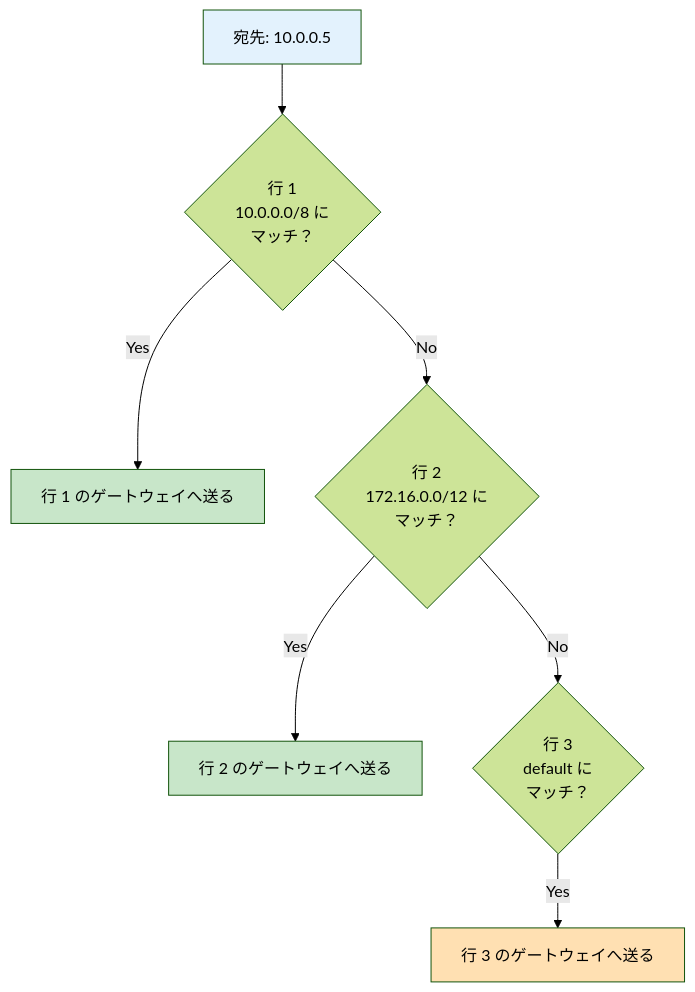
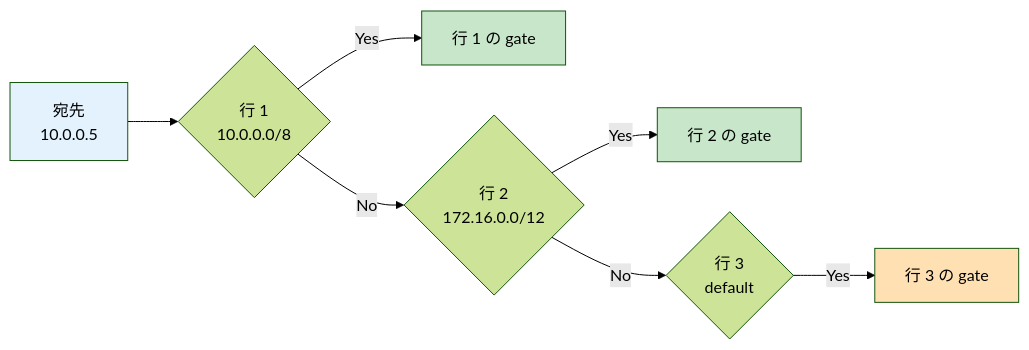
Before and after one commit to Tsunanko/netpractice-guide: the second of 3 diagrams in docs/01-basics/routing-table.md, drawn with Mermaid (forest theme). The commit also changed 4 other files, not shown here.

First line of the commit message:
Make Mermaid figures readable and use viewport width effectively

````diff
--- a/docs/01-basics/routing-table.md
+++ b/docs/01-basics/routing-table.md
@@ -72,14 +72,14 @@
 ```mermaid
-flowchart TD
-    Pkt[宛先: 10.0.0.5] --> E1{行 1<br>10.0.0.0/8 に<br>マッチ？}
-    E1 -->|Yes| R1[行 1 のゲートウェイへ送る]
-    E1 -->|No| E2{行 2<br>172.16.0.0/12 に<br>マッチ？}
-    E2 -->|Yes| R2[行 2 のゲートウェイへ送る]
-    E2 -->|No| E3{行 3<br>default に<br>マッチ？}
-    E3 -->|Yes| R3[行 3 のゲートウェイへ送る]
+flowchart LR
+    Pkt[宛先<br>10.0.0.5] --> E1{行 1<br>10.0.0.0/8}
+    E1 -->|Yes| R1[行 1 の gate]
+    E1 -->|No| E2{行 2<br>172.16.0.0/12}
+    E2 -->|Yes| R2[行 2 の gate]
+    E2 -->|No| E3{行 3<br>default}
+    E3 -->|Yes| R3[行 3 の gate]
 
     style Pkt fill:#E3F2FD
     style R1 fill:#C8E6C9
     style R2 fill:#C8E6C9
     style R3 fill:#FFE0B2
 ```
````
